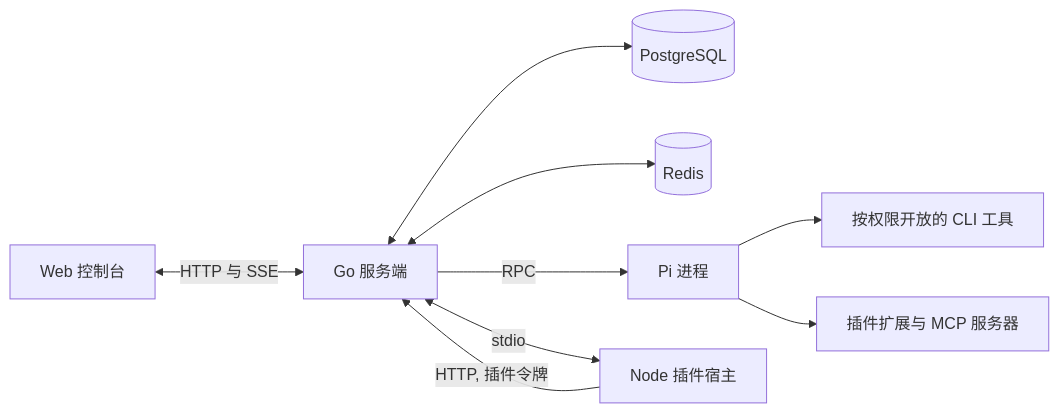
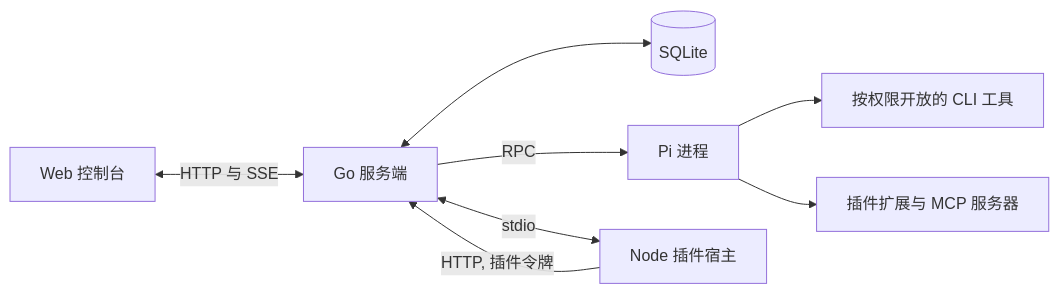
Before and after one commit to AI-for-anyone/loop-now: the diagram in docs/zh/guide/architecture.md, drawn with Mermaid. The commit also changed other lines of this file and 14 other files, not shown here.

First line of the commit message:
docs, deploy: one binary and one data directory; no PostgreSQL or Redis

````diff
--- a/docs/zh/guide/architecture.md
+++ b/docs/zh/guide/architecture.md
@@ -5,11 +5,10 @@
 ```mermaid
 flowchart LR
     UI[Web 控制台] <-->|HTTP 与 SSE| Server[Go 服务端]
-    Server <--> PG[(PostgreSQL)]
-    Server <--> Redis[(Redis)]
+    Server <--> DB[(SQLite)]
     Server -->|RPC| Pi[Pi 进程]
     Server <-->|stdio| Host[Node 插件宿主]
     Host -->|HTTP, 插件令牌| Server
     Pi --> CLI[按权限开放的 CLI 工具]
     Pi --> Ext[插件扩展与 MCP 服务器]
 ```
````
